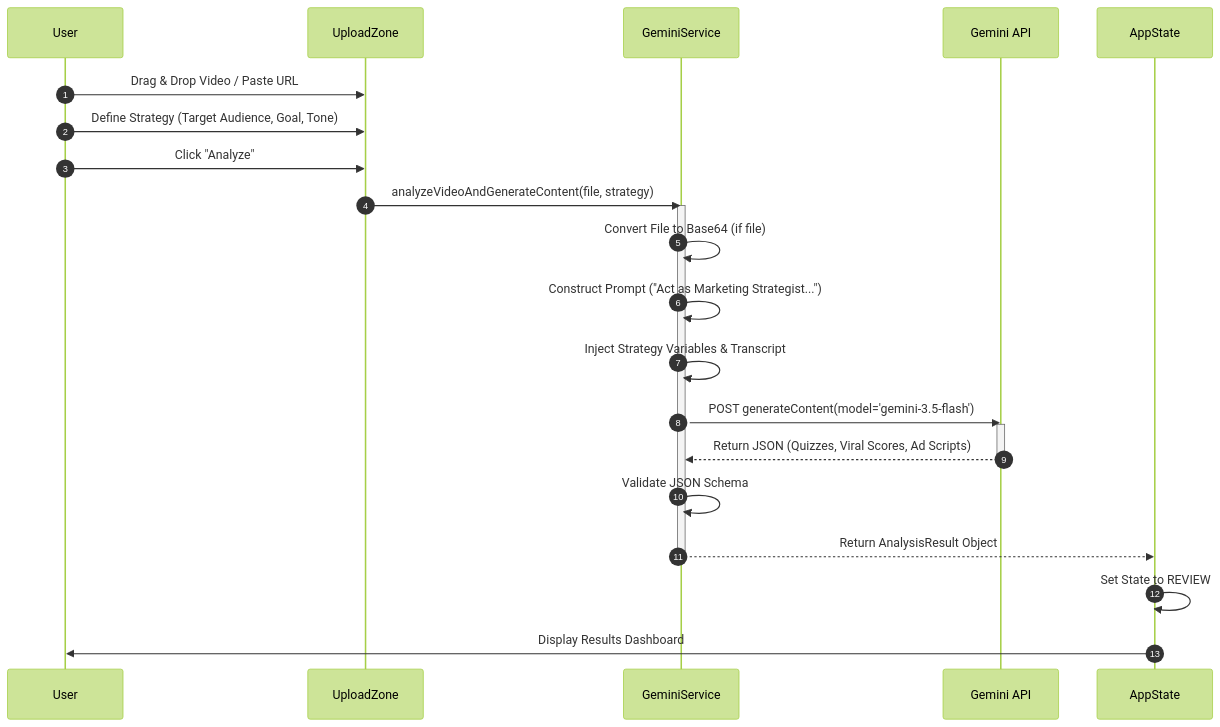
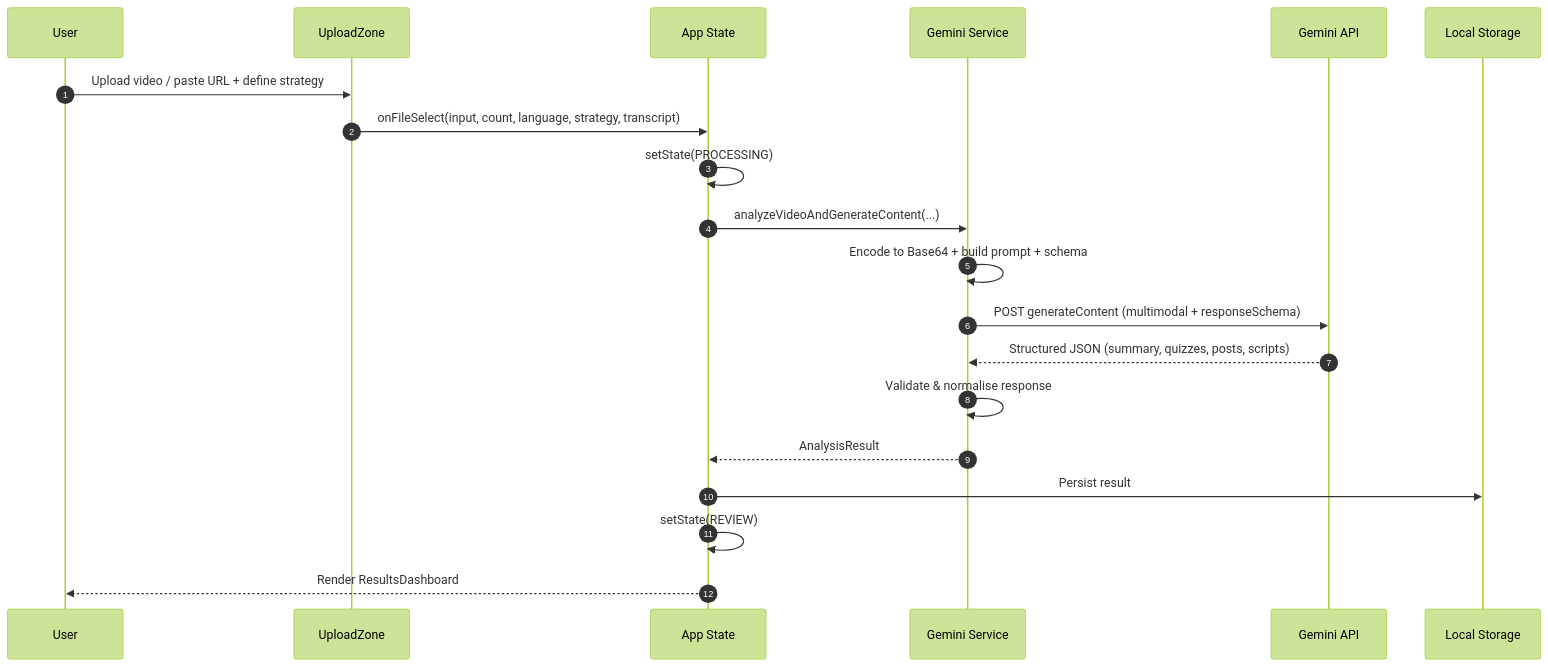
One commit to MasteraSnackin/AmplifyAI changed the second of 3 diagrams in ARCHITECTURE.md. Above: the diagram before and after it, drawn with Mermaid (forest theme). The commit also changed other lines of this file, not shown here.

Commit message:
docs: rewrite ARCHITECTURE.md with detailed professional system documentation

````diff
--- a/ARCHITECTURE.md
+++ b/ARCHITECTURE.md
@@ -90,32 +118,23 @@
 ```mermaid
 sequenceDiagram
     autonumber
     participant User
-    participant UploadUI as UploadZone
-    participant Service as GeminiService
-    participant Google as Gemini API
-    participant App as AppState
+    participant UI as UploadZone
+    participant App as App State
+    participant Svc as Gemini Service
+    participant API as Gemini API
+    participant LS as Local Storage
 
-    User->>UploadUI: Drag & Drop Video / Paste URL
-    User->>UploadUI: Define Strategy (Target Audience, Goal, Tone)
-    User->>UploadUI: Click "Analyze"
-
-    UploadUI->>Service: analyzeVideoAndGenerateContent(file, strategy)
-    
-    activate Service
-    Service->>Service: Convert File to Base64 (if file)
-    Service->>Service: Construct Prompt ("Act as Marketing Strategist...")
-    Service->>Service: Inject Strategy Variables & Transcript
-    
-    Service->>Google: POST generateContent(model='gemini-3.5-flash')
-    activate Google
-    Google-->>Service: Return JSON (Quizzes, Viral Scores, Ad Scripts)
-    deactivate Google
-
-    Service->>Service: Validate JSON Schema
-    Service-->>App: Return AnalysisResult Object
-    deactivate Service
-
-    App->>App: Set State to REVIEW
-    App->>User: Display Results Dashboard
+    User->>UI: Upload video / paste URL + define strategy
+    UI->>App: onFileSelect(input, count, language, strategy, transcript)
+    App->>App: setState(PROCESSING)
+    App->>Svc: analyzeVideoAndGenerateContent(...)
+    Svc->>Svc: Encode to Base64 + build prompt + schema
+    Svc->>API: POST generateContent (multimodal + responseSchema)
+    API-->>Svc: Structured JSON (summary, quizzes, posts, scripts)
+    Svc->>Svc: Validate & normalise response
+    Svc-->>App: AnalysisResult
+    App->>LS: Persist result
+    App->>App: setState(REVIEW)
+    App-->>User: Render ResultsDashboard
 ```
````
